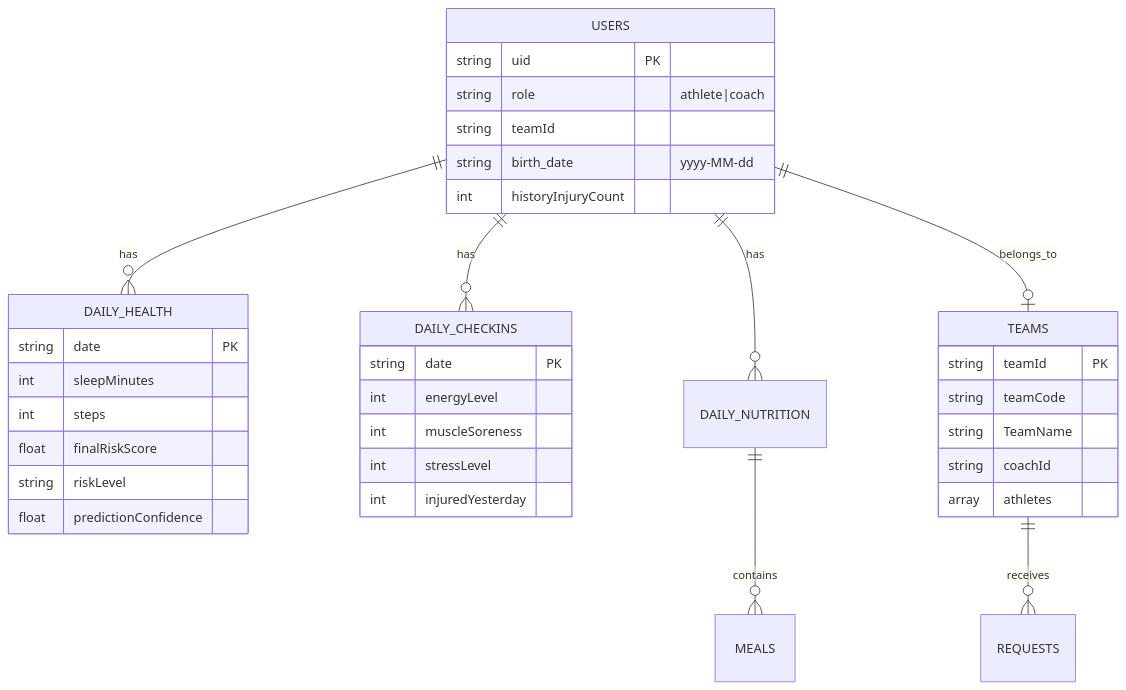
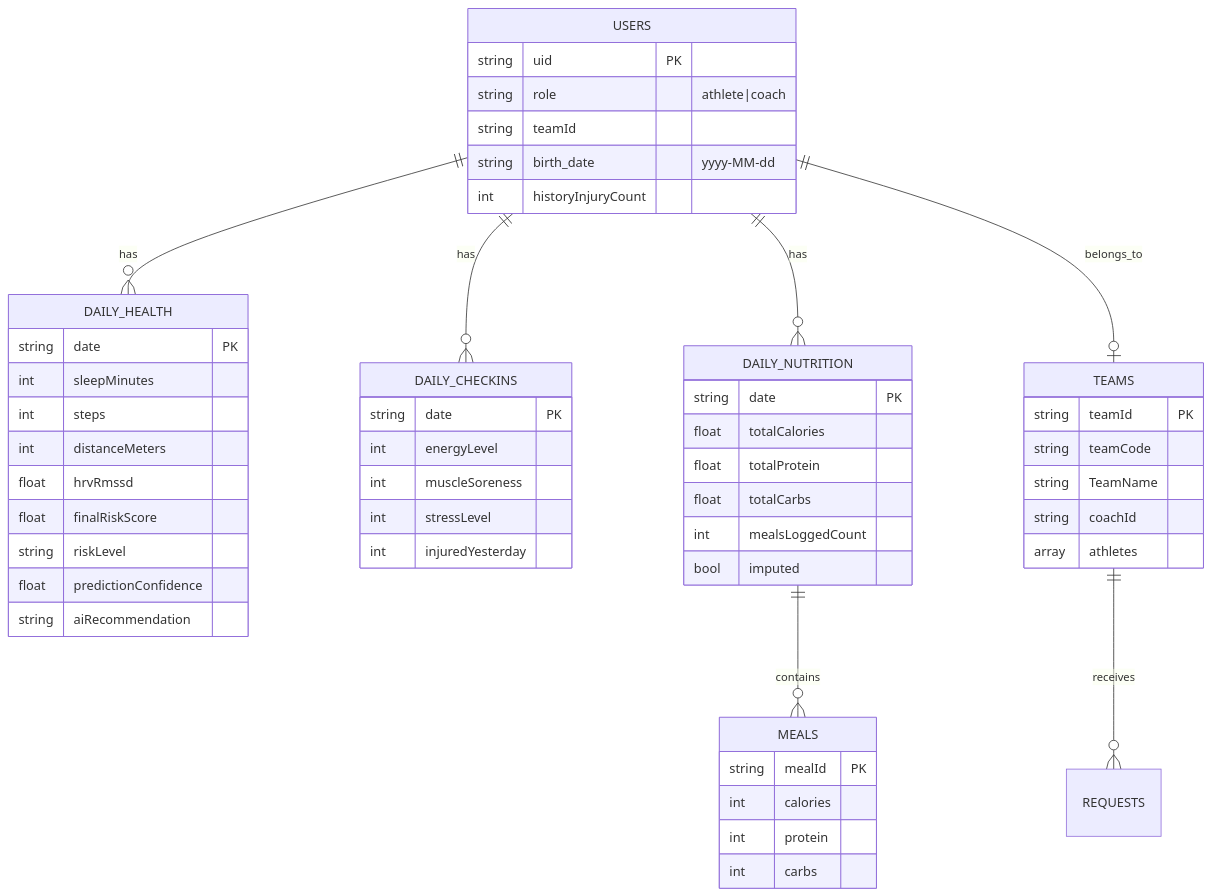
Before and after one commit to yahav97/final_project_AthleAgent: the seventh of 7 diagrams in docs/HLD.md, drawn with Mermaid. The commit also changed other lines of this file and 7 other files, not shown here.

````diff
--- a/docs/HLD.md
+++ b/docs/HLD.md
@@ -318,42 +365,61 @@
 ```mermaid
 erDiagram
     USERS ||--o{ DAILY_HEALTH : has
     USERS ||--o{ DAILY_CHECKINS : has
     USERS ||--o{ DAILY_NUTRITION : has
     DAILY_NUTRITION ||--o{ MEALS : contains
     TEAMS ||--o{ REQUESTS : receives
     USERS ||--o| TEAMS : belongs_to
 
     USERS {
         string uid PK
         string role "athlete|coach"
         string teamId
         string birth_date "yyyy-MM-dd"
         int historyInjuryCount
     }
 
     DAILY_HEALTH {
         string date PK
         int sleepMinutes
         int steps
+        int distanceMeters
+        float hrvRmssd
         float finalRiskScore
         string riskLevel
         float predictionConfidence
+        string aiRecommendation
     }
 
     DAILY_CHECKINS {
         string date PK
         int energyLevel
         int muscleSoreness
         int stressLevel
         int injuredYesterday
     }
 
+    DAILY_NUTRITION {
+        string date PK
+        float totalCalories
+        float totalProtein
+        float totalCarbs
+        int mealsLoggedCount
+        bool imputed
+    }
+
+    MEALS {
+        string mealId PK
+        int calories
+        int protein
+        int carbs
+    }
+
     TEAMS {
         string teamId PK
         string teamCode
         string TeamName
         string coachId
         array athletes
     }
 ```
````
